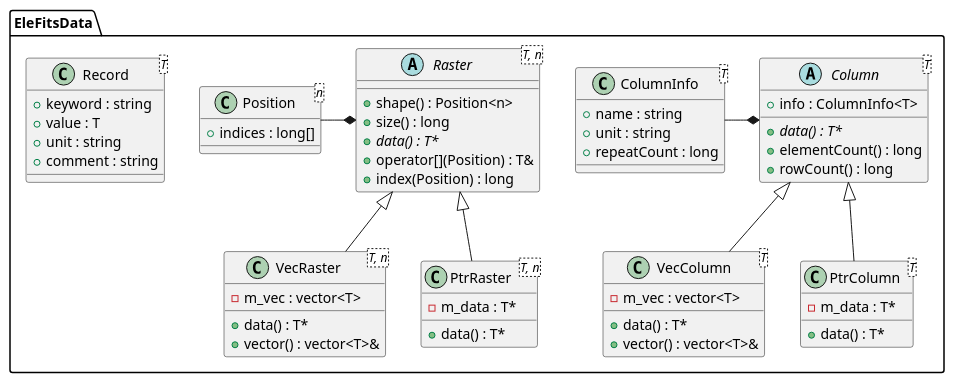
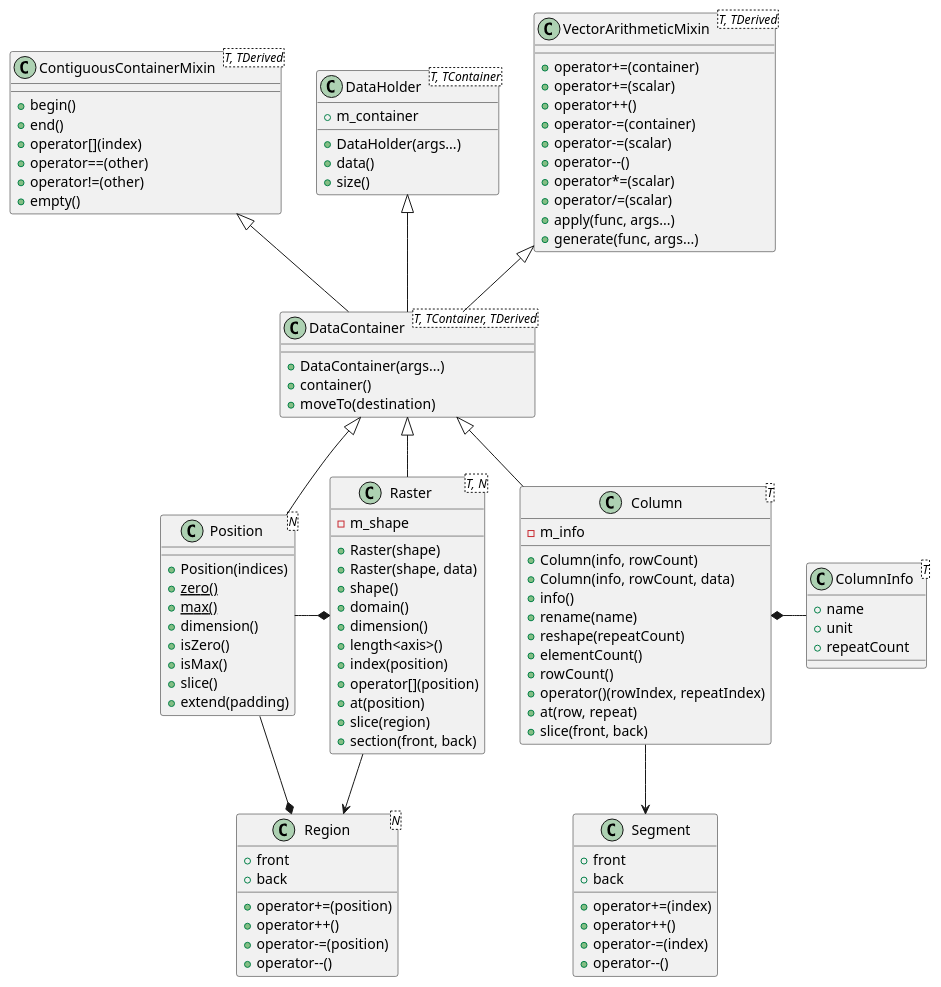
Before and after one commit to CNES/EleFits: the diagram in doc/diagrams/src/FitsData.puml, drawn with PlantUML. The commit also changed 3 other files, not shown here.

Commit message:
Update class diagrams

```diff
--- a/doc/diagrams/src/FitsData.puml
+++ b/doc/diagrams/src/FitsData.puml
@@ -1,67 +1,105 @@
 @startuml
-package EleFitsData {
-
-Column <|-- VecColumn
-Column <|-- PtrColumn
-ColumnInfo -* Column
-
-Raster <|-- VecRaster
-Raster <|-- PtrRaster
-Position -* Raster
-
-class Position<n> {
-+ indices : long[]
+class ContiguousContainerMixin<T, TDerived> {
++ begin()
++ end()
++ operator[](index)
++ operator==(other)
++ operator!=(other)
++ empty()
+}
+class DataHolder<T, TContainer> {
++ m_container
++ DataHolder(args...)
++ data()
++ size()
+}
+class VectorArithmeticMixin<T, TDerived> {
++ operator+=(container)
++ operator+=(scalar)
++ operator++()
++ operator-=(container)
++ operator-=(scalar)
++ operator--()
++ operator*=(scalar)
++ operator/=(scalar)
++ apply(func, args...)
++ generate(func, args...)
+}
+class DataContainer<T, TContainer, TDerived> {
++ DataContainer(args...)
++ container()
++ moveTo(destination)
+}
+class DataContainer<T, TContainer, TDerived> {
+}
+class Position<N> {
++ Position(indices)
++ {static} zero()
++ {static} max()
++ dimension()
++ isZero()
++ isMax()
++ slice()
++ extend(padding)
+}
+class Region<N> {
++ front
++ back
++ operator+=(position)
++ operator++()
++ operator-=(position)
++ operator--()
+}
+class Raster<T, N> {
+- m_shape
++ Raster(shape)
++ Raster(shape, data)
++ shape()
++ domain()
++ dimension()
++ length<axis>()
++ index(position)
++ operator[](position)
++ at(position)
++ slice(region)
++ section(front, back)
+}
+class Column<T> {
+- m_info
++ Column(info, rowCount)
++ Column(info, rowCount, data)
++ info()
++ rename(name)
++ reshape(repeatCount)
++ elementCount()
++ rowCount()
++ operator()(rowIndex, repeatIndex)
++ at(row, repeat)
++ slice(front, back)
+}
+class ColumnInfo<T> {
++ name
++ unit
++ repeatCount
+}
+class Segment {
++ front
++ back
++ operator+=(index)
++ operator++()
++ operator-=(index)
++ operator--()
 }
 
-abstract class Raster<T, n> {
-+ shape() : Position<n>
-+ size() : long
-+ {abstract} data() : T*
-+ operator[](Position) : T&
-+ index(Position) : long
-}
-
-class VecRaster<T, n> {
-- m_vec : vector<T>
-+ data() : T*
-+ vector() : vector<T>&
-}
-
-class PtrRaster<T, n> {
-- m_data : T*
-+ data() : T*
-}
-
-class Record<T> {
-+ keyword : string
-+ value : T
-+ unit : string
-+ comment : string
-}
-
-class ColumnInfo<T> {
-+ name : string
-+ unit : string
-+ repeatCount : long
-}
-
-abstract class Column<T> {
-+ info : ColumnInfo<T>
-+ {abstract} data() : T*
-+ elementCount() : long
-+ rowCount() : long
-}
-
-class VecColumn<T> {
-- m_vec : vector<T>
-+ data() : T*
-+ vector() : vector<T>&
-}
-
-class PtrColumn<T> {
-- m_data : T*
-+ data() : T*
-}
-
-}
+ContiguousContainerMixin <|-- DataContainer
+DataHolder <|-- DataContainer
+VectorArithmeticMixin <|-- DataContainer
+DataContainer <|-- Position
+DataContainer <|-- Raster
+DataContainer <|-- Column
+Position --* Region
+Position -* Raster
+Raster --> Region
+Column *- ColumnInfo
+Column --> Segment
 @enduml
```
